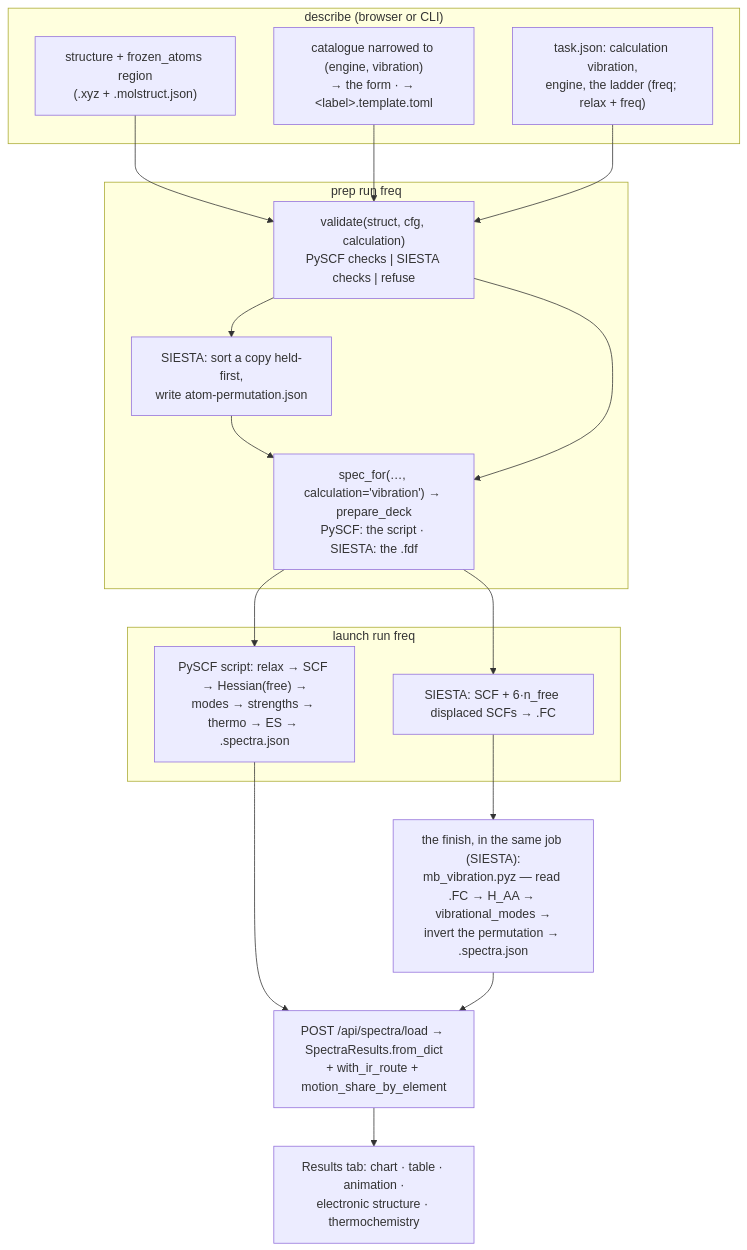
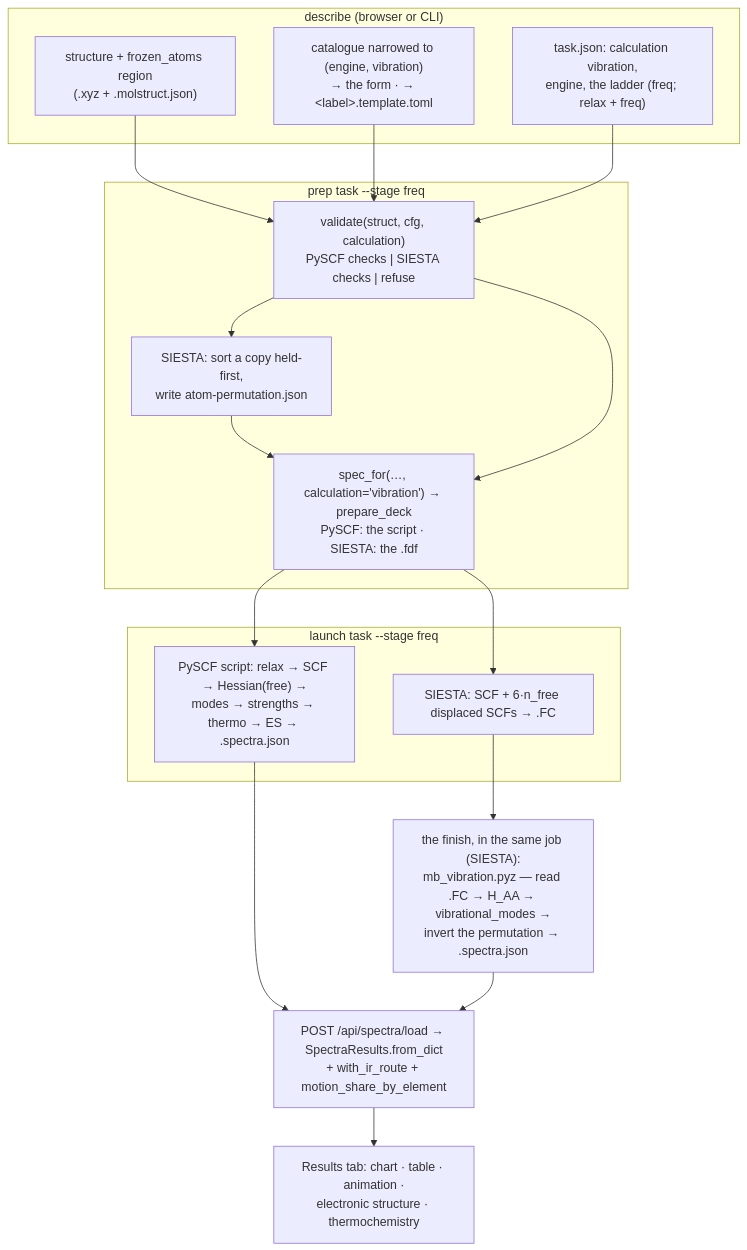
Before and after one commit to Qing-LAB/molbuilder: the second of 2 diagrams in docs/engines/vibration.md, drawn with Mermaid. The commit also changed other lines of this file and 30 other files, not shown here.

````diff
--- a/docs/engines/vibration.md
+++ b/docs/engines/vibration.md
@@ -2160,22 +2161,22 @@
 ```mermaid
 flowchart TB
   subgraph describe["describe (browser or CLI)"]
     ST["structure + frozen_atoms region<br/>(.xyz + .molstruct.json)"]
     CAT["catalogue narrowed to (engine, vibration)<br/>→ the form · → &lt;label&gt;.template.toml"]
     TJ["task.json: calculation vibration,<br/>engine, the ladder (freq; relax + freq)"]
   end
-  subgraph prep["prep run freq"]
+  subgraph prep["prep task --stage freq"]
     G["validate(struct, cfg, calculation)<br/>PySCF checks #124; SIESTA checks #124; refuse"]
     SORT["SIESTA: sort a copy held-first,<br/>write atom-permutation.json"]
     D["spec_for(…, calculation='vibration') → prepare_deck<br/>PySCF: the script · SIESTA: the .fdf"]
   end
-  subgraph run["launch run freq"]
+  subgraph run["launch task --stage freq"]
     PY["PySCF script: relax → SCF → Hessian(free) →<br/>modes → strengths → thermo → ES → .spectra.json"]
     SI["SIESTA: SCF + 6·n_free displaced SCFs → .FC"]
   end
   SUM["the finish, in the same job (SIESTA):<br/>mb_vibration.pyz — read .FC → H_AA → vibrational_modes →<br/>invert the permutation → .spectra.json"]
   LOAD["POST /api/spectra/load → SpectraResults.from_dict<br/>+ with_ir_route + motion_share_by_element"]
   VIEW["Results tab: chart · table · animation ·<br/>electronic structure · thermochemistry"]
   ST --> G; CAT --> G; TJ --> G; G --> SORT --> D; G --> D
   D --> PY; D --> SI; SI --> SUM; PY --> LOAD; SUM --> LOAD; LOAD --> VIEW
 ```
````
